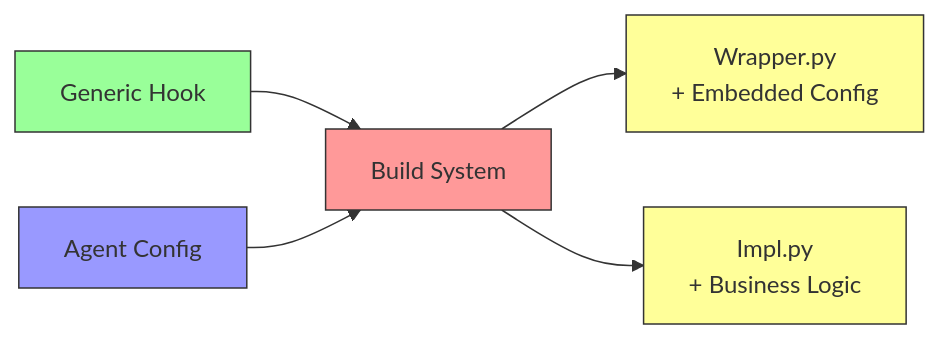
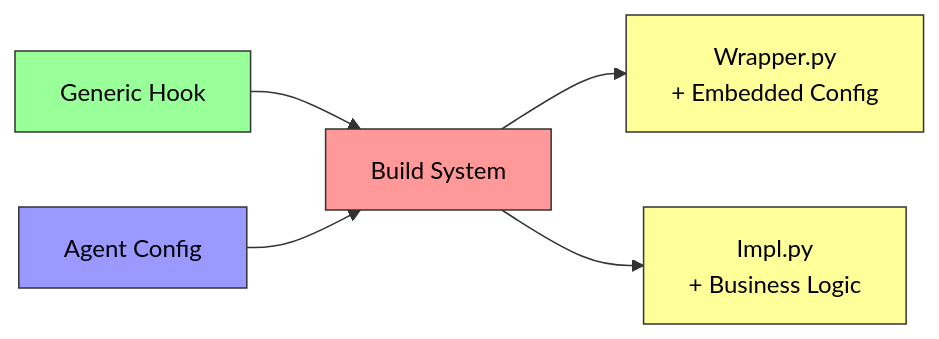
One commit to AgentParadise/agentic-primitives changed the fourth of 12 diagrams in docs/architecture/hooks-system-overview.md. Above: the diagram before and after it, drawn with Mermaid. The commit also changed other lines of this file and 56 other files, not shown here.

First line of the commit message:
feat(hooks): implement self-logging analytics architecture

````diff
--- a/docs/architecture/hooks-system-overview.md
+++ b/docs/architecture/hooks-system-overview.md
@@ -115,13 +115,13 @@
 ```mermaid
 flowchart LR
     A[Generic Hook] --> B[Build System]
     C[Agent Config] --> B
     B --> D[Wrapper.py<br/>+ Embedded Config]
     B --> E[Impl.py<br/>+ Business Logic]
     
-    style A fill:#9f9,stroke:#333
-    style C fill:#99f,stroke:#333
-    style B fill:#f99,stroke:#333
-    style D fill:#ff9,stroke:#333
-    style E fill:#ff9,stroke:#333
+    style A fill:#9f9,stroke:#333,color:#000
+    style C fill:#99f,stroke:#333,color:#000
+    style B fill:#f99,stroke:#333,color:#000
+    style D fill:#ff9,stroke:#333,color:#000
+    style E fill:#ff9,stroke:#333,color:#000
 ```
````
